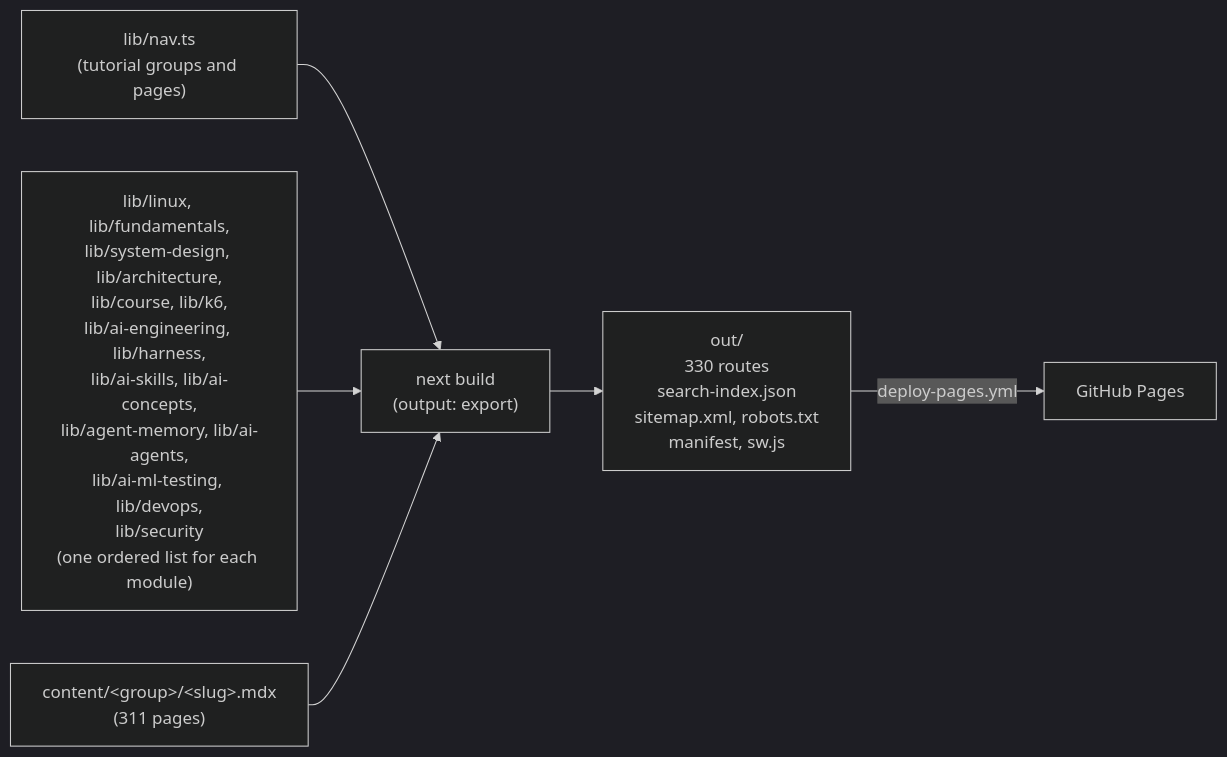
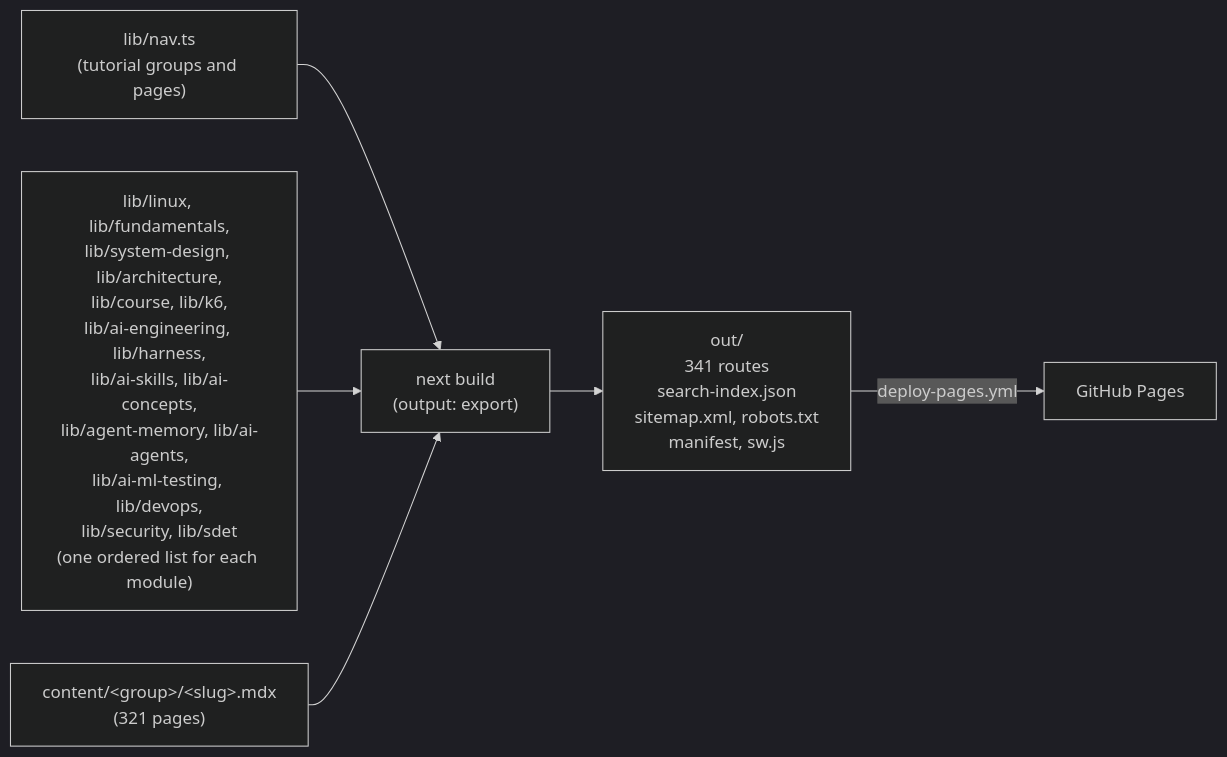
One commit to kawsar-95/ai-testing-guide changed the diagram in docs/ARCHITECTURE.md. Above: the diagram before and after it, drawn with Mermaid (dark theme). The commit also changed other lines of this file and 2 other files, not shown here.

First line of the commit message:
docs: describe the SDET Roadmap in CLAUDE.md, README, and ARCHITECTURE

````diff
--- a/docs/ARCHITECTURE.md
+++ b/docs/ARCHITECTURE.md
@@ -9,15 +9,15 @@
 ```mermaid
 flowchart LR
   nav["lib/nav.ts<br/>(tutorial groups and pages)"]
-  mods["lib/linux, lib/fundamentals,<br/>lib/system-design, lib/architecture,<br/>lib/course, lib/k6,<br/>lib/ai-engineering, lib/harness,<br/>lib/ai-skills, lib/ai-concepts,<br/>lib/agent-memory, lib/ai-agents,<br/>lib/ai-ml-testing, lib/devops,<br/>lib/security<br/>(one ordered list for each module)"]
-  mdx["content/&lt;group&gt;/&lt;slug&gt;.mdx<br/>(311 pages)"]
+  mods["lib/linux, lib/fundamentals,<br/>lib/system-design, lib/architecture,<br/>lib/course, lib/k6,<br/>lib/ai-engineering, lib/harness,<br/>lib/ai-skills, lib/ai-concepts,<br/>lib/agent-memory, lib/ai-agents,<br/>lib/ai-ml-testing, lib/devops,<br/>lib/security, lib/sdet<br/>(one ordered list for each module)"]
+  mdx["content/&lt;group&gt;/&lt;slug&gt;.mdx<br/>(321 pages)"]
   build["next build<br/>(output: export)"]
-  out["out/<br/>330 routes<br/>search-index.json<br/>sitemap.xml, robots.txt<br/>manifest, sw.js"]
+  out["out/<br/>341 routes<br/>search-index.json<br/>sitemap.xml, robots.txt<br/>manifest, sw.js"]
   pages["GitHub Pages"]
 
   nav --> build
   mods --> build
   mdx --> build
   build --> out
   out -->|deploy-pages.yml| pages
 ```
````
